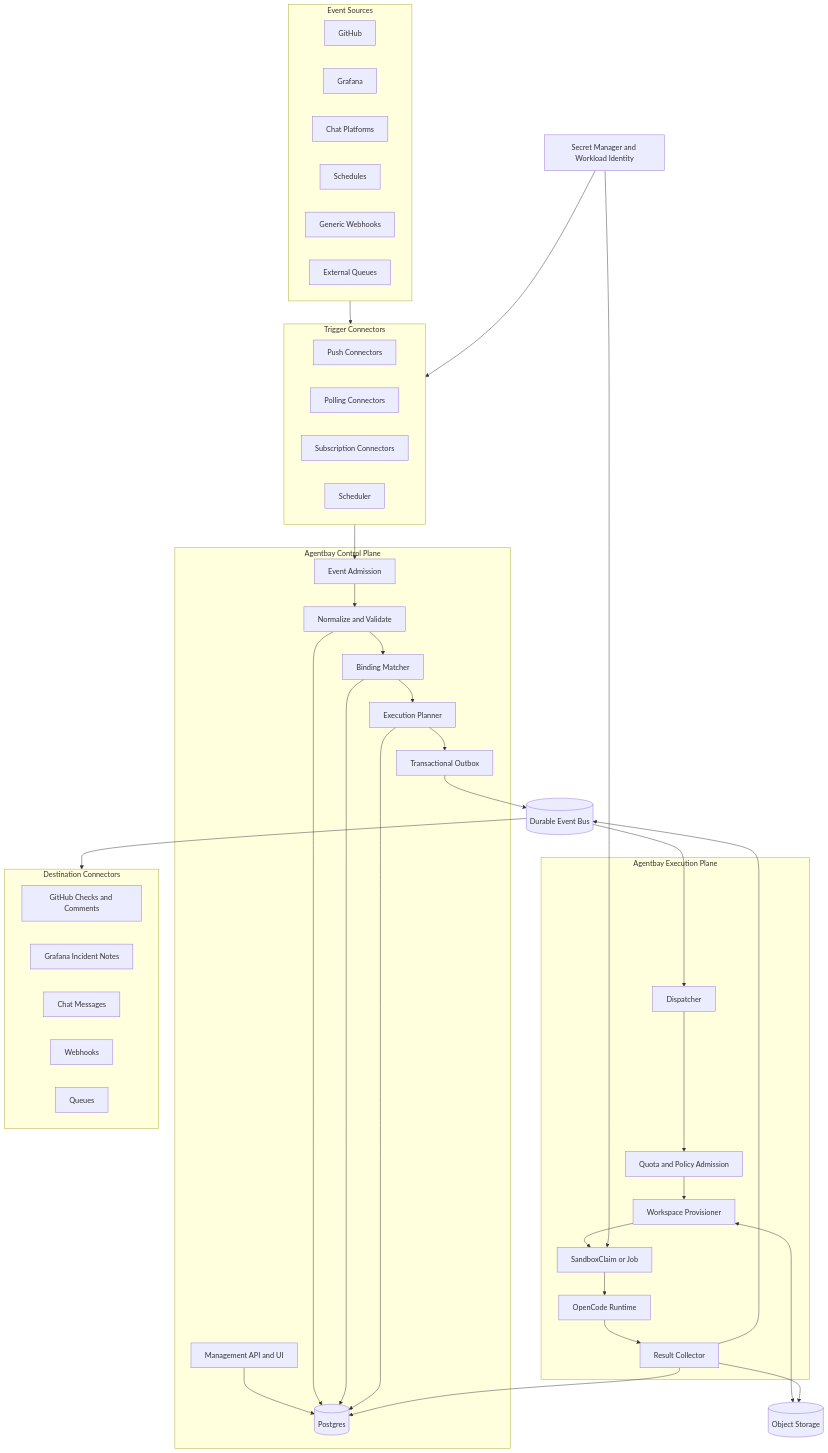
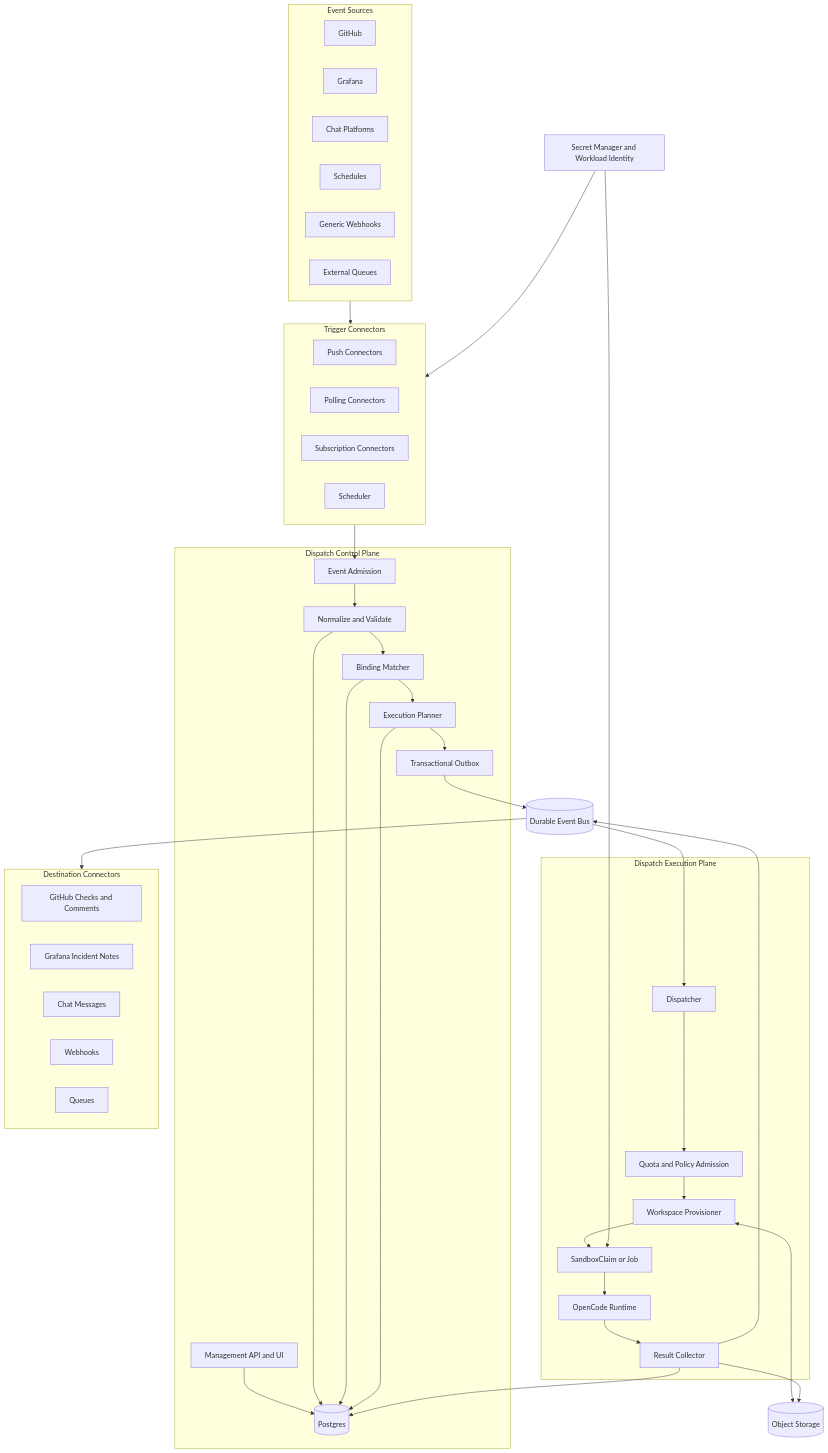
Before and after one commit to ajac-zero/agentbay: the diagram in DESIGN.md, drawn with Mermaid. The commit also changed other lines of this file and 16 other files, not shown here.

````diff
--- a/DESIGN.md
+++ b/DESIGN.md
@@ -231,66 +240,66 @@
 ```mermaid
 flowchart TB
     subgraph Sources[Event Sources]
         GitHub[GitHub]
         Grafana[Grafana]
         Chat[Chat Platforms]
         Cron[Schedules]
         Generic[Generic Webhooks]
         ExternalQueue[External Queues]
     end
 
     subgraph Connectors[Trigger Connectors]
         Push[Push Connectors]
         Pull[Polling Connectors]
         Subscription[Subscription Connectors]
         Scheduler[Scheduler]
     end
 
-    subgraph Control[Agentbay Control Plane]
+    subgraph Control[Dispatch Control Plane]
         Ingress[Event Admission]
         Normalize[Normalize and Validate]
         Match[Binding Matcher]
         Planner[Execution Planner]
         API[Management API and UI]
         Store[(Postgres)]
         Outbox[Transactional Outbox]
     end
 
     Bus[(Durable Event Bus)]
     Objects[(Object Storage)]
     Secrets[Secret Manager and Workload Identity]
 
-    subgraph Execution[Agentbay Execution Plane]
+    subgraph Execution[Dispatch Execution Plane]
         Dispatcher[Dispatcher]
         Admission[Quota and Policy Admission]
         Workspace[Workspace Provisioner]
         Sandbox[SandboxClaim or Job]
         OpenCode[OpenCode Runtime]
         Collector[Result Collector]
     end
 
     subgraph Results[Destination Connectors]
         GitHubResult[GitHub Checks and Comments]
         GrafanaResult[Grafana Incident Notes]
         ChatResult[Chat Messages]
         WebhookResult[Webhooks]
         QueueResult[Queues]
     end
 
     Sources --> Connectors --> Ingress
     Ingress --> Normalize --> Match --> Planner
     API --> Store
     Normalize --> Store
     Match --> Store
     Planner --> Store
     Planner --> Outbox --> Bus
     Bus --> Dispatcher --> Admission
     Admission --> Workspace --> Sandbox --> OpenCode --> Collector
     Secrets --> Connectors
     Secrets --> Sandbox
     Workspace <--> Objects
     Collector --> Store
     Collector --> Objects
     Collector --> Bus
     Bus --> Results
 ```
````
